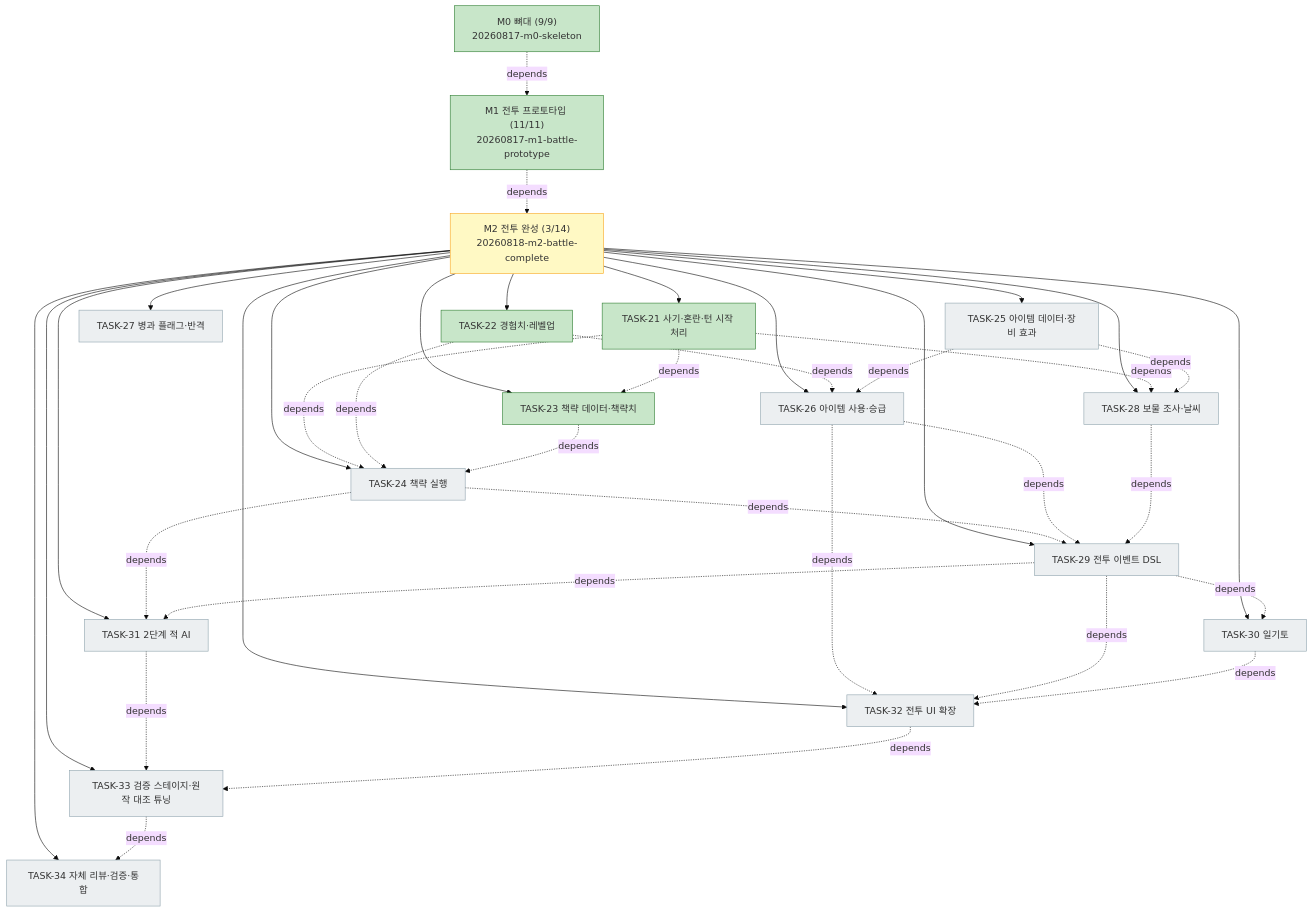
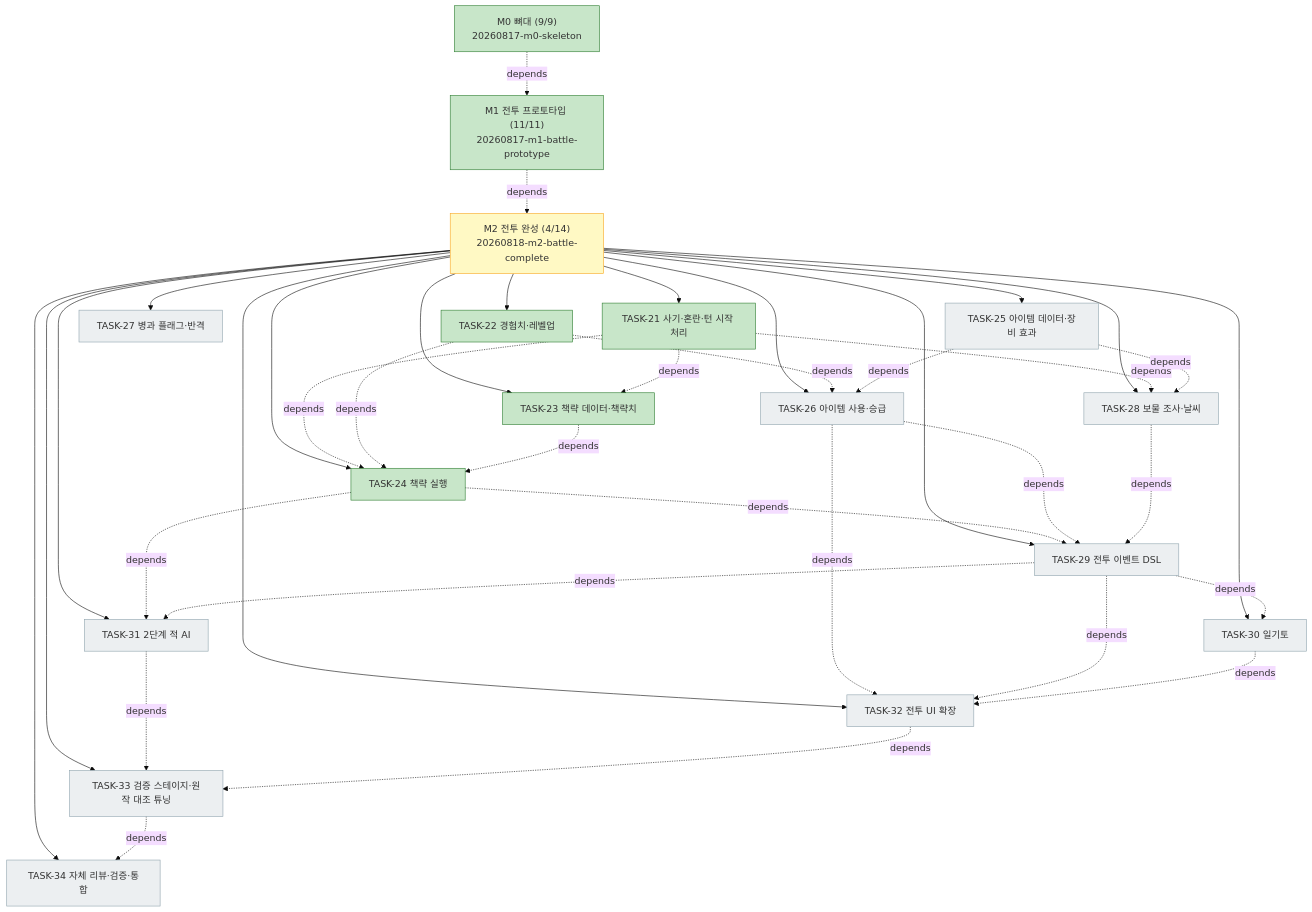
The diagram in docs/plan.md (bluesky5008/HERO), drawn with Mermaid (base theme) before and after one commit. The commit also changed other lines of this file and 13 other files, not shown here.

````diff
--- a/docs/plan.md
+++ b/docs/plan.md
@@ -77,46 +77,46 @@
 ```mermaid
 flowchart TD
     M0["M0 뼈대 (9/9)<br/>20260817-m0-skeleton"]:::done
     M1["M1 전투 프로토타입 (11/11)<br/>20260817-m1-battle-prototype"]:::done
-    M2["M2 전투 완성 (3/14)<br/>20260818-m2-battle-complete"]:::active
+    M2["M2 전투 완성 (4/14)<br/>20260818-m2-battle-complete"]:::active
     M0 -. depends .-> M1
     M1 -. depends .-> M2
     M2 --> T21["TASK-21 사기·혼란·턴 시작 처리"]:::done
     M2 --> T22["TASK-22 경험치·레벨업"]:::done
     M2 --> T23["TASK-23 책략 데이터·책략치"]:::done
-    M2 --> T24["TASK-24 책략 실행"]:::todo
+    M2 --> T24["TASK-24 책략 실행"]:::done
     M2 --> T25["TASK-25 아이템 데이터·장비 효과"]:::todo
     M2 --> T26["TASK-26 아이템 사용·승급"]:::todo
     M2 --> T27["TASK-27 병과 플래그·반격"]:::todo
     M2 --> T28["TASK-28 보물 조사·날씨"]:::todo
     M2 --> T29["TASK-29 전투 이벤트 DSL"]:::todo
     M2 --> T30["TASK-30 일기토"]:::todo
     M2 --> T31["TASK-31 2단계 적 AI"]:::todo
     M2 --> T32["TASK-32 전투 UI 확장"]:::todo
     M2 --> T33["TASK-33 검증 스테이지·원작 대조 튜닝"]:::todo
     M2 --> T34["TASK-34 자체 리뷰·검증·통합"]:::todo
     T21 -. depends .-> T23
     T21 -. depends .-> T24
     T22 -. depends .-> T24
     T23 -. depends .-> T24
     T22 -. depends .-> T26
     T25 -. depends .-> T26
     T21 -. depends .-> T28
     T25 -. depends .-> T28
     T24 -. depends .-> T29
     T26 -. depends .-> T29
     T28 -. depends .-> T29
     T29 -. depends .-> T30
     T24 -. depends .-> T31
     T29 -. depends .-> T31
     T26 -. depends .-> T32
     T29 -. depends .-> T32
     T30 -. depends .-> T32
     T31 -. depends .-> T33
     T32 -. depends .-> T33
     T33 -. depends .-> T34
     classDef done fill:#c8e6c9,stroke:#2e7d32
     classDef active fill:#fff9c4,stroke:#f9a825
     classDef todo fill:#eceff1,stroke:#90a4ae
     classDef gate fill:#ffcdd2,stroke:#c62828
 ```
````
